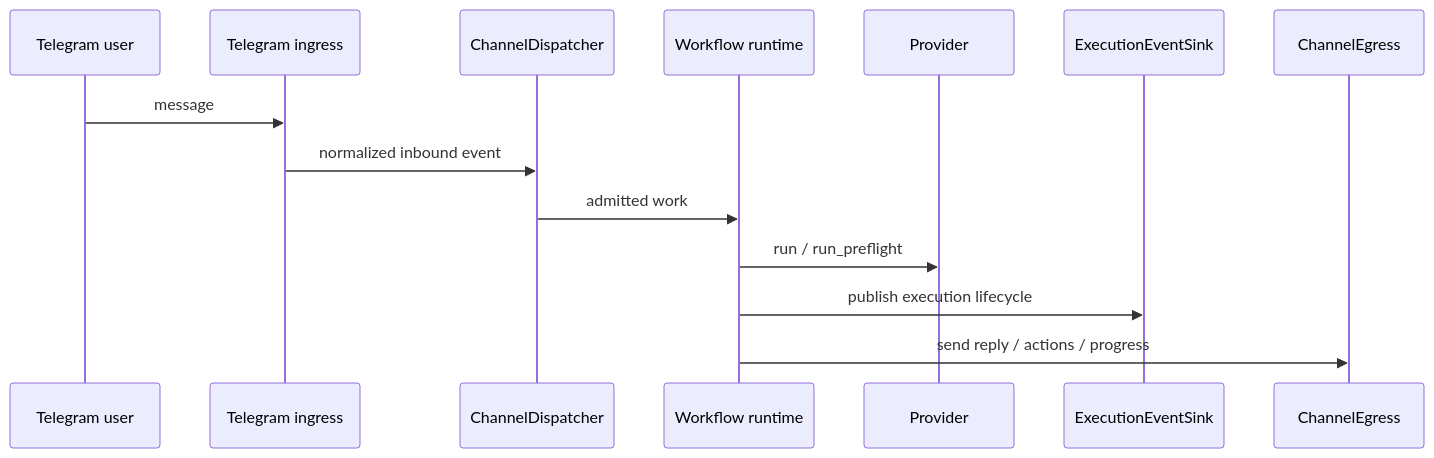
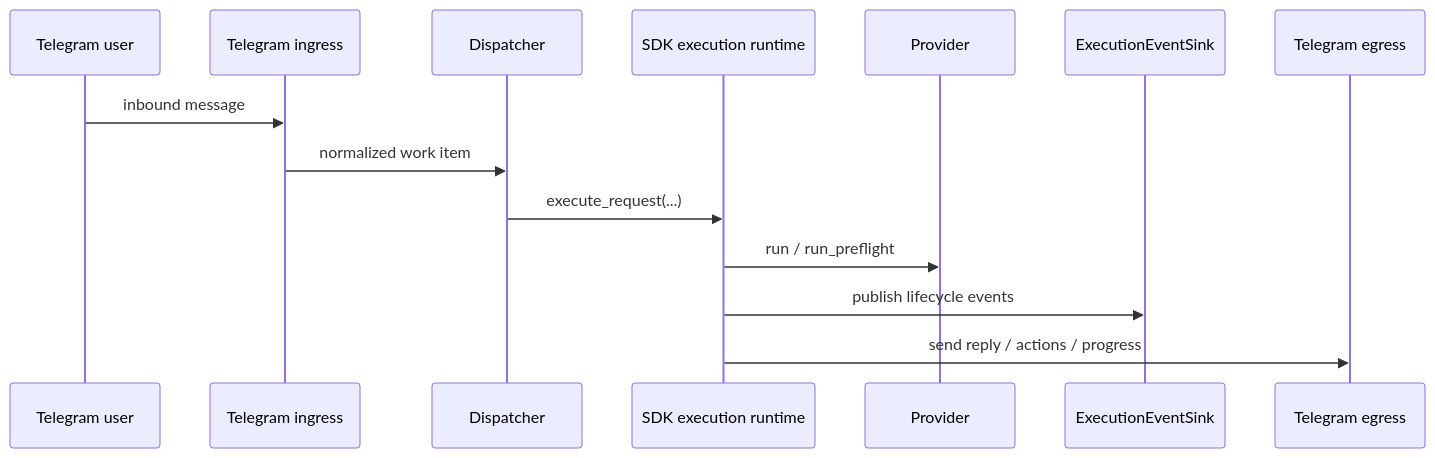
The second of 4 diagrams in ARCHITECTURE.md (privacynow/octopus), drawn with Mermaid before and after one commit. The commit also changed other lines of this file, not shown here.

````diff
--- a/ARCHITECTURE.md
+++ b/ARCHITECTURE.md
@@ -329,17 +251,17 @@
 ```mermaid
 sequenceDiagram
     participant User as Telegram user
     participant TG as Telegram ingress
-    participant Disp as ChannelDispatcher
-    participant WF as Workflow runtime
+    participant Disp as Dispatcher
+    participant Exec as SDK execution runtime
     participant Prov as Provider
     participant Sink as ExecutionEventSink
-    participant Egr as ChannelEgress
+    participant Egr as Telegram egress
 
-    User->>TG: message
-    TG->>Disp: normalized inbound event
-    Disp->>WF: admitted work
-    WF->>Prov: run / run_preflight
-    WF->>Sink: publish execution lifecycle
-    WF->>Egr: send reply / actions / progress
+    User->>TG: inbound message
+    TG->>Disp: normalized work item
+    Disp->>Exec: execute_request(...)
+    Exec->>Prov: run / run_preflight
+    Exec->>Sink: publish lifecycle events
+    Exec->>Egr: send reply / actions / progress
 ```
````
